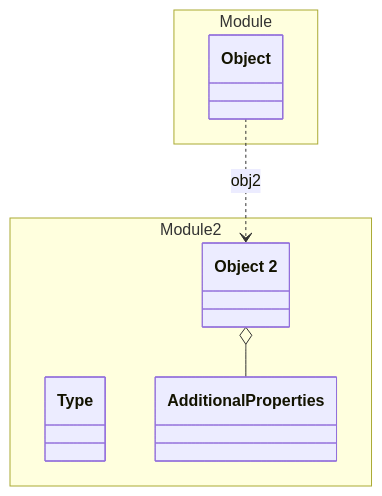
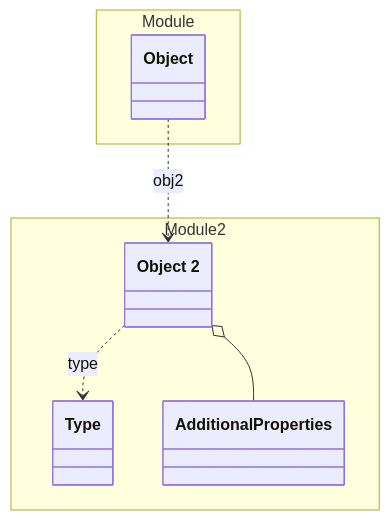
The diagram in tests/java/expected/Module2/Object2.yaml.md (lizzyTheLizard/domain-schema-documentation), drawn with Mermaid before and after one commit. The commit also changed other lines of this file and 5 other files, not shown here.

````diff
--- a/tests/java/expected/Module2/Object2.yaml.md
+++ b/tests/java/expected/Module2/Object2.yaml.md
@@ -4,17 +4,18 @@
 ```mermaid
 classDiagram
 namespace Module 2 {
   class _Module2_Object2_yaml["Object 2"]
   class Type["Type"]
   class AdditionalProperties["AdditionalProperties"]
 }
 namespace Module {
   class _Module_Object_yaml["Object"]
 }
 _Module_Object_yaml ..> _Module2_Object2_yaml :obj2
+_Module2_Object2_yaml ..> Type :type
 _Module2_Object2_yaml o-- AdditionalProperties 
 click _Module2_Object2_yaml href "./Object2.yaml.html" "Object 2"
 click Type href "./Object2.yaml.html" "Object 2"
 click AdditionalProperties href "./Object2.yaml.html" "Object 2"
 click _Module_Object_yaml href "../Module/Object.yaml.html" "Object"
 ```
````
